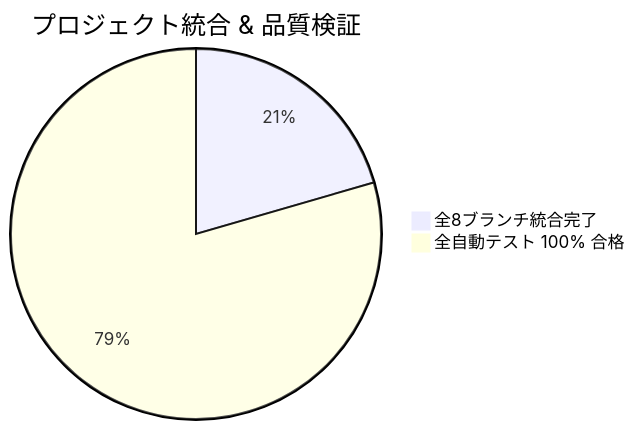
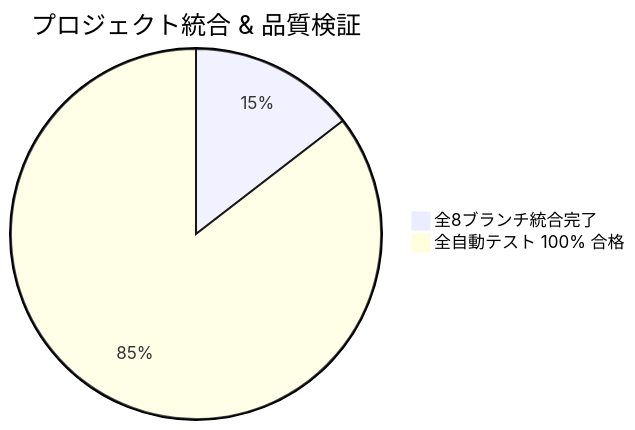
One commit to maho011933/tizu1 changed the diagram in BRANCH_STATUS.md. Above: the diagram before and after it, drawn with Mermaid. The commit also changed other lines of this file and 1 other file, not shown here.

````diff
--- a/BRANCH_STATUS.md
+++ b/BRANCH_STATUS.md
@@ -11,5 +11,5 @@
 ```mermaid
 pie title プロジェクト統合 & 品質検証
     "全8ブランチ統合完了" : 8
-    "全自動テスト 100% 合格" : 31
+    "全自動テスト 100% 合格" : 47
 ```
````
